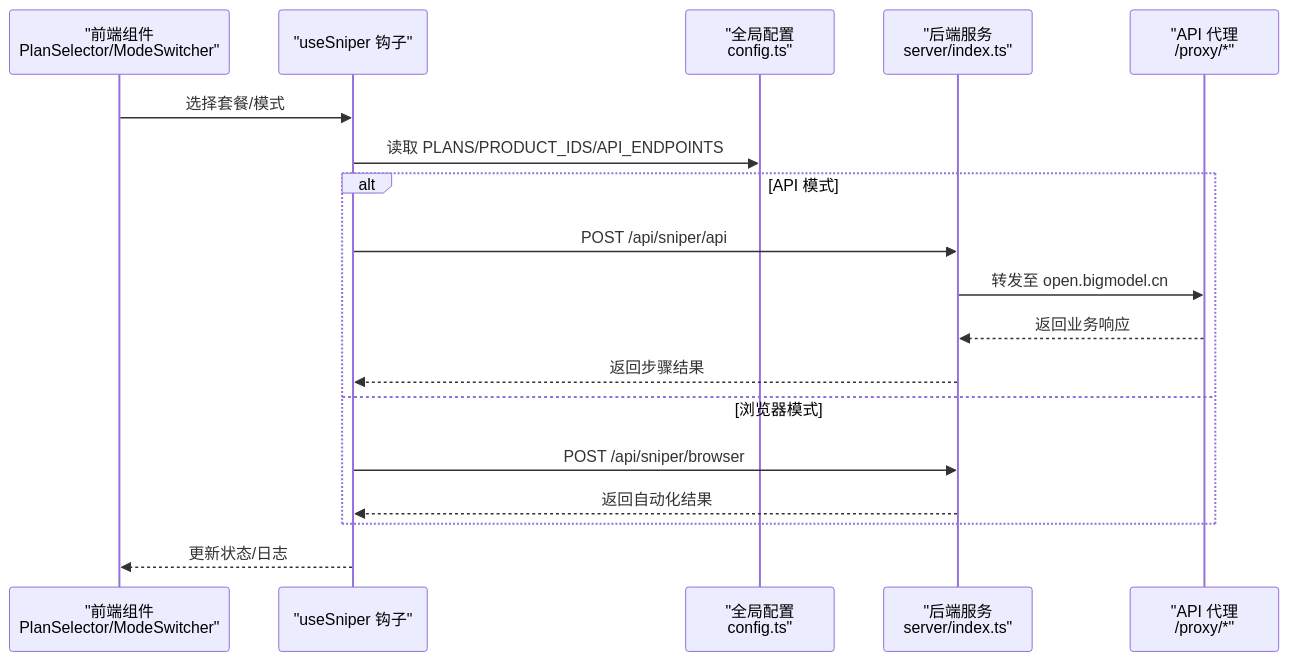
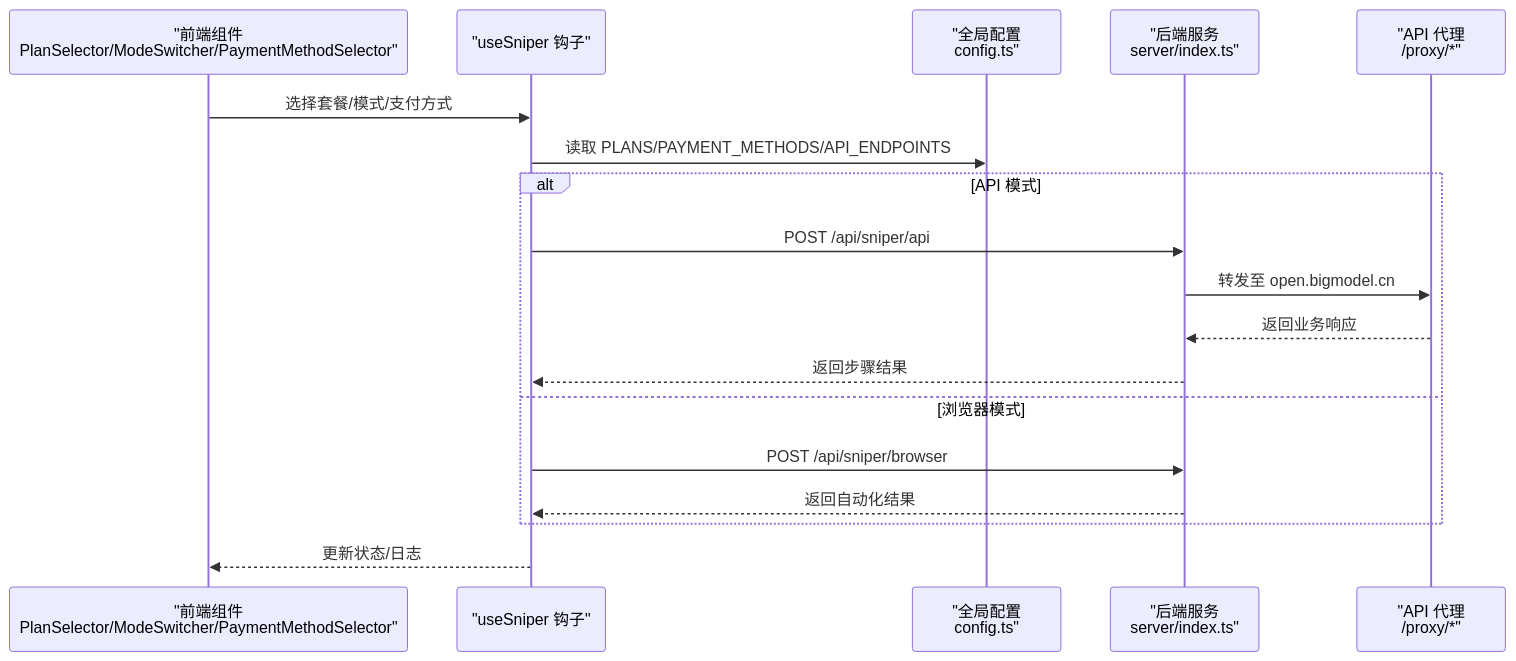
The second of 3 diagrams in .qoder/repowiki/zh/content/配置管理.md (16499259-oss/GLM-sniper), drawn with Mermaid before and after one commit. The commit also changed other lines of this file and 6 other files, not shown here.

````diff
--- a/.qoder/repowiki/zh/content/配置管理.md
+++ b/.qoder/repowiki/zh/content/配置管理.md
@@ -120,20 +138,20 @@
 ```mermaid
 sequenceDiagram
-participant UI as "前端组件<br/>PlanSelector/ModeSwitcher"
+participant UI as "前端组件<br/>PlanSelector/ModeSwitcher/PaymentMethodSelector"
 participant Hook as "useSniper 钩子"
 participant CFG as "全局配置<br/>config.ts"
 participant API as "后端服务<br/>server/index.ts"
 participant Proxy as "API 代理<br/>/proxy/*"
-UI->>Hook : 选择套餐/模式
-Hook->>CFG : 读取 PLANS/PRODUCT_IDS/API_ENDPOINTS
+UI->>Hook : 选择套餐/模式/支付方式
+Hook->>CFG : 读取 PLANS/PAYMENT_METHODS/API_ENDPOINTS
 alt API 模式
 Hook->>API : POST /api/sniper/api
 API->>Proxy : 转发至 open.bigmodel.cn
 Proxy-->>API : 返回业务响应
 API-->>Hook : 返回步骤结果
 else 浏览器模式
 Hook->>API : POST /api/sniper/browser
 API-->>Hook : 返回自动化结果
 end
 Hook-->>UI : 更新状态/日志
 ```
````
